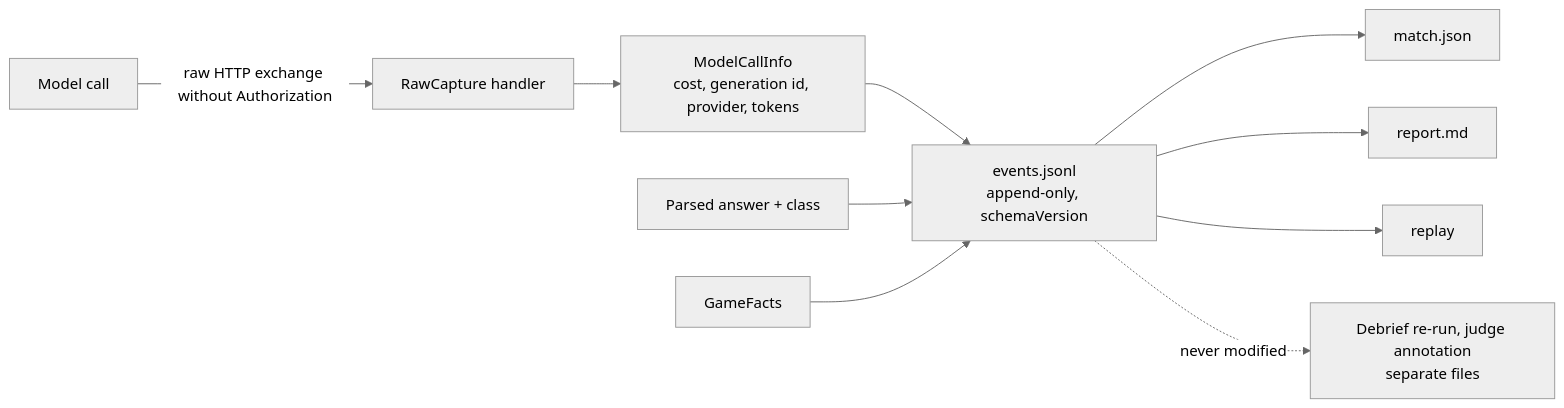
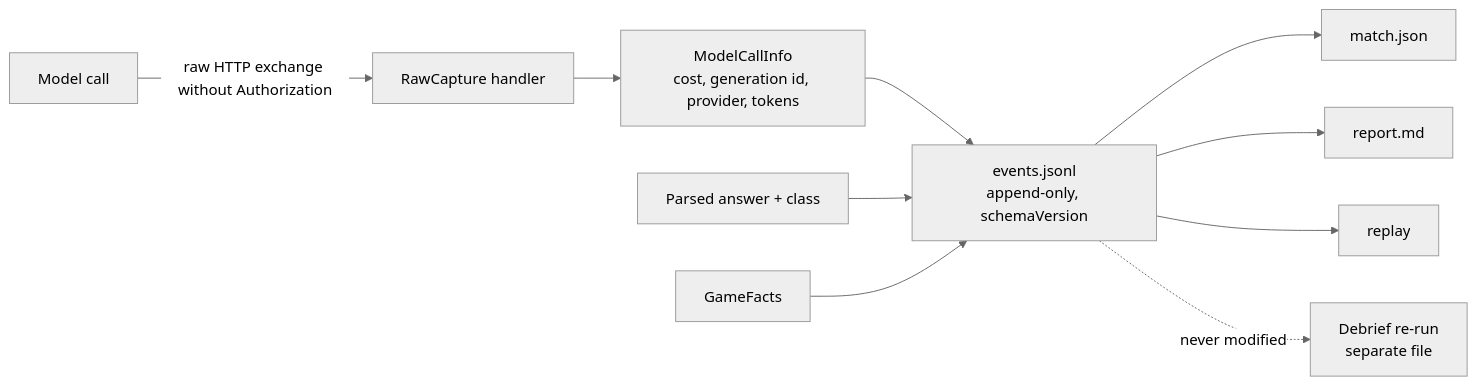
The third of 3 diagrams in docs/architecture.md (chr0mcom/LLM-Shootout), drawn with Mermaid (neutral theme) before and after one commit. The commit also changed other lines of this file and 44 other files, not shown here.

First line of the commit message:
refactor: remove the judge annotation command

````diff
--- a/docs/architecture.md
+++ b/docs/architecture.md
@@ -88,12 +88,12 @@
 ```mermaid
 flowchart LR
   Call[Model call] -->|raw HTTP exchange without Authorization| Raw[RawCapture handler]
   Raw --> Info[ModelCallInfo<br/>cost, generation id, provider, tokens]
   Info --> Ev[events.jsonl<br/>append-only, schemaVersion]
   Parse[Parsed answer + class] --> Ev
   Facts[GameFacts] --> Ev
   Ev --> Sum[match.json]
   Ev --> Rep[report.md]
   Ev --> Replay[replay]
-  Ev -.->|never modified| Derived[Debrief re-run, judge annotation<br/>separate files]
+  Ev -.->|never modified| Derived[Debrief re-run<br/>separate file]
 ```
````
